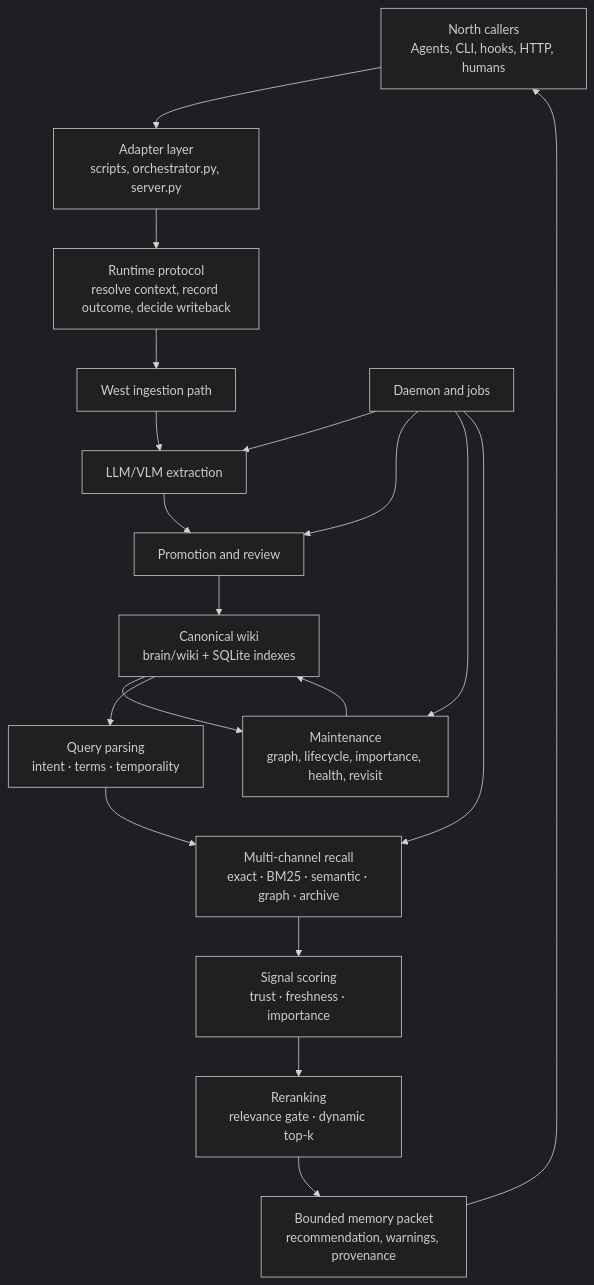
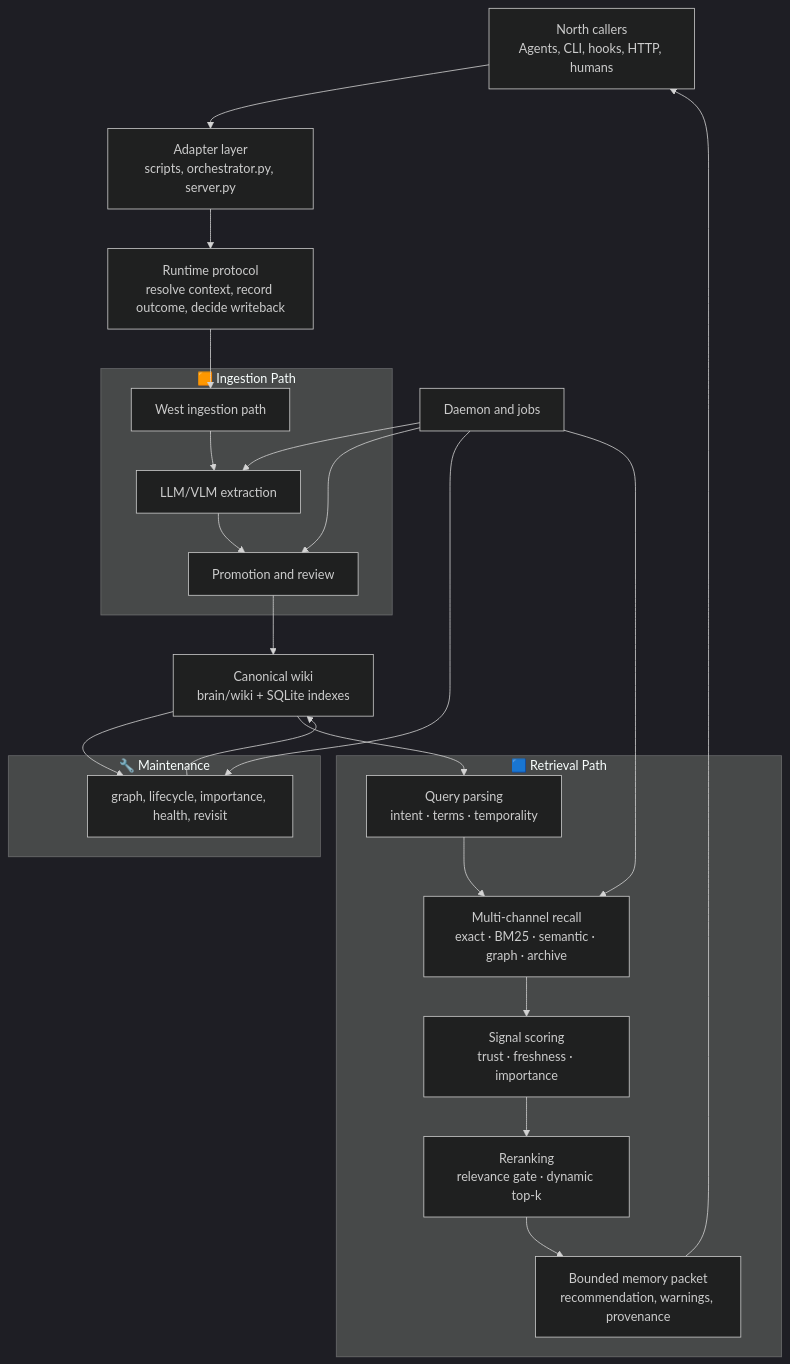
Before and after one commit to Jianyu010/MnemonicOS: the first of 4 diagrams in README.md, drawn with Mermaid (dark theme).

Commit message:
docs: box ingestion and retrieval paths in architecture diagram
Add labeled subgraphs to the top-level Mermaid flowchart so readers can
visually distinguish the ingestion path (west intake → extraction →
promotion), maintenance loop, and retrieval path (query parsing → recall
→ scoring → reranking → packet emission).

````diff
--- a/README.md
+++ b/README.md
@@ -28,23 +28,39 @@
 ```mermaid
 flowchart TD
     A["North callers<br/>Agents, CLI, hooks, HTTP, humans"] --> B["Adapter layer<br/>scripts, orchestrator.py, server.py"]
     B --> C["Runtime protocol<br/>resolve context, record outcome, decide writeback"]
 
-    C --> W["West ingestion path"]
-    W --> X["LLM/VLM extraction"]
-    X --> P["Promotion and review"]
-    P --> K["Canonical wiki<br/>brain/wiki + SQLite indexes"]
-    K --> M["Maintenance<br/>graph, lifecycle, importance, health, revisit"]
+    subgraph INGEST["🟧 Ingestion Path"]
+        W["West ingestion path"]
+        X["LLM/VLM extraction"]
+        P["Promotion and review"]
+        W --> X --> P
+    end
+
+    K["Canonical wiki<br/>brain/wiki + SQLite indexes"]
+
+    subgraph MAINT["🔧 Maintenance"]
+        M["graph, lifecycle, importance, health, revisit"]
+    end
+
+    subgraph RETRIEVAL["🟦 Retrieval Path"]
+        QP["Query parsing<br/>intent · terms · temporality"]
+        RC["Multi-channel recall<br/>exact · BM25 · semantic · graph · archive"]
+        SS["Signal scoring<br/>trust · freshness · importance"]
+        RR["Reranking<br/>relevance gate · dynamic top-k"]
+        E["Bounded memory packet<br/>recommendation, warnings, provenance"]
+        QP --> RC --> SS --> RR --> E
+    end
+
+    C --> W
+    P --> K
+    K --> M
     M --> K
-    K --> QP["Query parsing<br/>intent · terms · temporality"]
-    QP --> RC["Multi-channel recall<br/>exact · BM25 · semantic · graph · archive"]
-    RC --> SS["Signal scoring<br/>trust · freshness · importance"]
-    SS --> RR["Reranking<br/>relevance gate · dynamic top-k"]
-    RR --> E["Bounded memory packet<br/>recommendation, warnings, provenance"]
+    K --> QP
     E --> A
 
     D["Daemon and jobs"] --> X
     D --> P
     D --> M
     D --> RC
 ```
````
